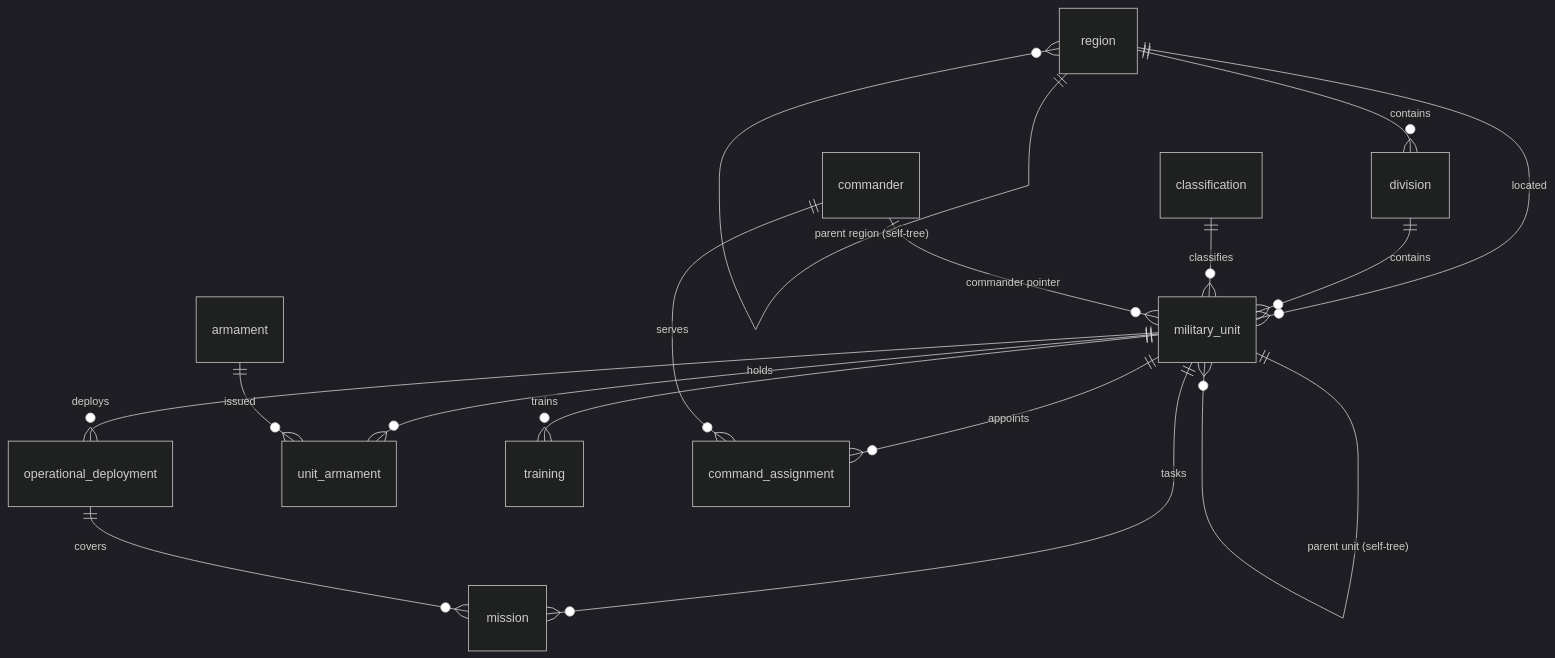
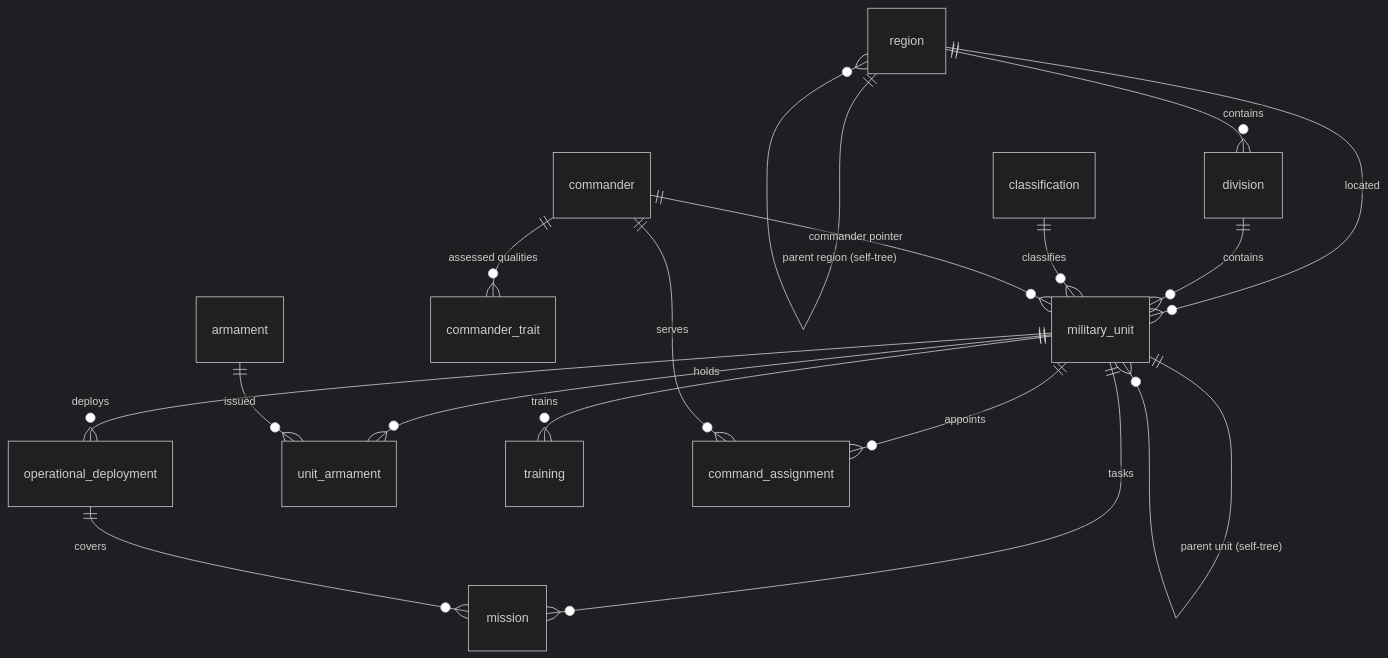
Before and after one commit to RussellTCrivello/researchers-db: the diagram in docs/MILITARY_ORG.md, drawn with Mermaid (dark theme). The commit also changed other lines of this file and 6 other files, not shown here.

````diff
--- a/docs/MILITARY_ORG.md
+++ b/docs/MILITARY_ORG.md
@@ -74,18 +74,19 @@
 ```mermaid
 erDiagram
     region ||--o{ region : "parent region (self-tree)"
     region ||--o{ division : contains
     region ||--o{ military_unit : located
     division ||--o{ military_unit : contains
     classification ||--o{ military_unit : classifies
     commander ||--o{ military_unit : "commander pointer"
     military_unit ||--o{ military_unit : "parent unit (self-tree)"
     military_unit ||--o{ operational_deployment : deploys
     military_unit ||--o{ mission : tasks
     military_unit ||--o{ unit_armament : holds
     military_unit ||--o{ training : trains
     military_unit ||--o{ command_assignment : appoints
     operational_deployment ||--o{ mission : covers
     commander ||--o{ command_assignment : serves
+    commander ||--o{ commander_trait : "assessed qualities"
     armament ||--o{ unit_armament : issued
 ```
````
